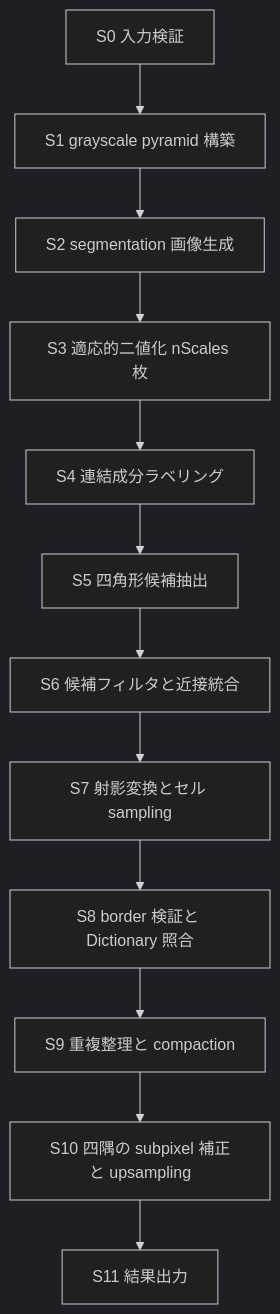
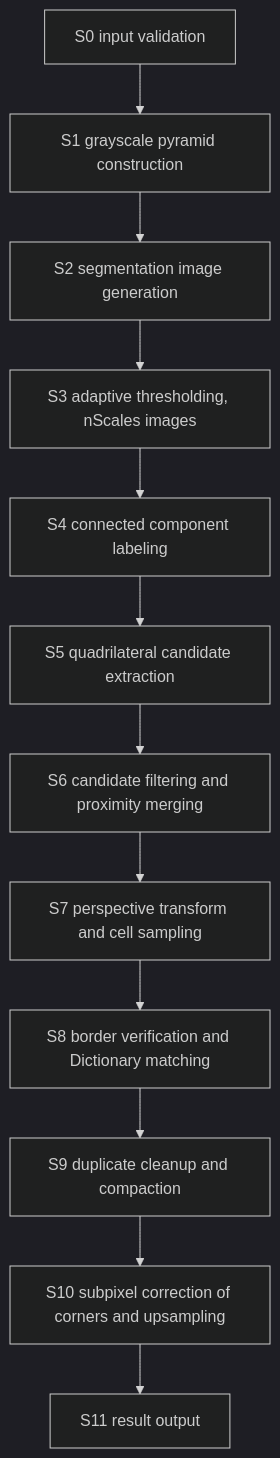
The first of 2 diagrams in docs/design/detector-pipeline.md (MasakazuTobeta/ArUco3-CUDA), drawn with Mermaid (dark theme) before and after one commit. The commit also changed other lines of this file and 187 other files, not shown here.

````diff
--- a/docs/design/detector-pipeline.md
+++ b/docs/design/detector-pipeline.md
@@ -301,14 +301,14 @@
 ```mermaid
 flowchart TD
-    S0["S0 入力検証"] --> S1["S1 grayscale pyramid 構築"]
-    S1 --> S2["S2 segmentation 画像生成"]
-    S2 --> S3["S3 適応的二値化 nScales 枚"]
-    S3 --> S4["S4 連結成分ラベリング"]
-    S4 --> S5["S5 四角形候補抽出"]
-    S5 --> S6["S6 候補フィルタと近接統合"]
-    S6 --> S7["S7 射影変換とセル sampling"]
-    S7 --> S8["S8 border 検証と Dictionary 照合"]
-    S8 --> S9["S9 重複整理と compaction"]
-    S9 --> S10["S10 四隅の subpixel 補正と upsampling"]
-    S10 --> S11["S11 結果出力"]
+    S0["S0 input validation"] --> S1["S1 grayscale pyramid construction"]
+    S1 --> S2["S2 segmentation image generation"]
+    S2 --> S3["S3 adaptive thresholding, nScales images"]
+    S3 --> S4["S4 connected component labeling"]
+    S4 --> S5["S5 quadrilateral candidate extraction"]
+    S5 --> S6["S6 candidate filtering and proximity merging"]
+    S6 --> S7["S7 perspective transform and cell sampling"]
+    S7 --> S8["S8 border verification and Dictionary matching"]
+    S8 --> S9["S9 duplicate cleanup and compaction"]
+    S9 --> S10["S10 subpixel correction of corners and upsampling"]
+    S10 --> S11["S11 result output"]
 ```
````
